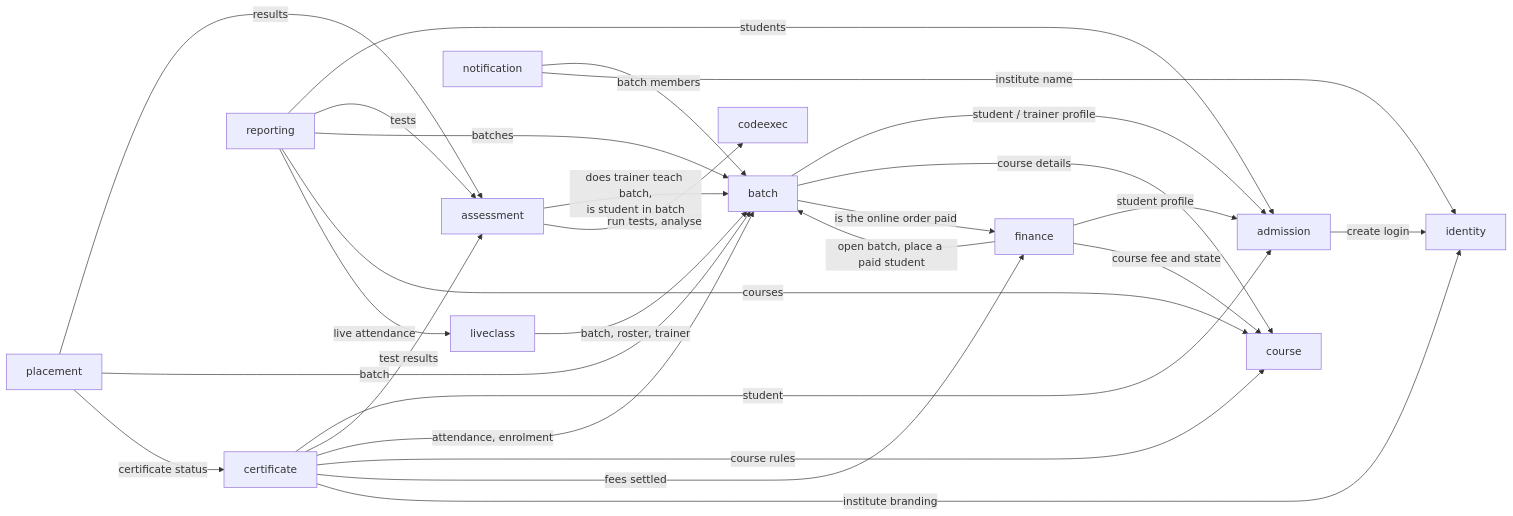
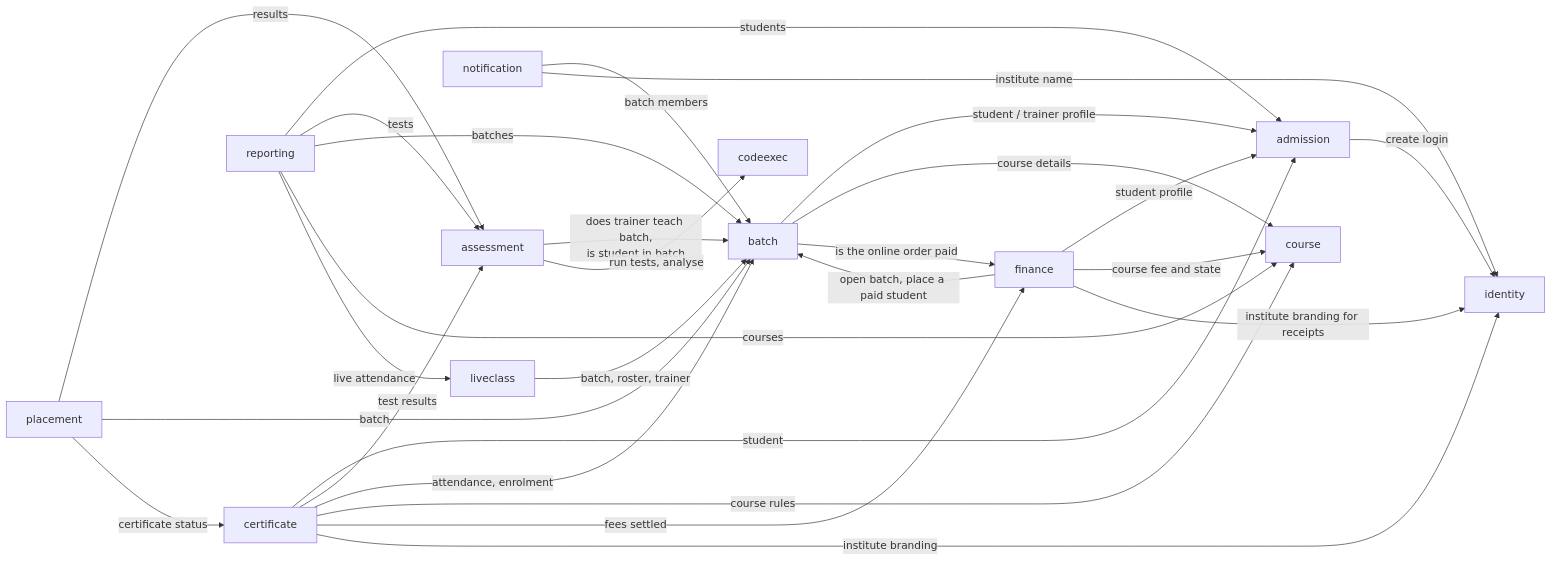
Before and after one commit to rohanrk2810/ITLMS: the diagram in docs/diagrams/architecture/03-service-calls.mmd, drawn with Mermaid. The commit also changed 35 other files, not shown here.

```diff
--- a/docs/diagrams/architecture/03-service-calls.mmd
+++ b/docs/diagrams/architecture/03-service-calls.mmd
@@ -1,41 +1,42 @@
 flowchart LR
     %% Synchronous calls (Feign). Arrow = "calls". Every call has a fallback that fails closed.
     AD["admission"]
     ID["identity"]
     CR["course"]
     BA["batch"]
     AS["assessment"]
     FN["finance"]
     CE["certificate"]
     PLC["placement"]
     NO["notification"]
     LC["liveclass"]
     RP["reporting"]
     CX["codeexec"]
 
     AD -->|"create login"| ID
     BA -->|"student / trainer profile"| AD
     BA -->|"course details"| CR
     AS -->|"does trainer teach batch,<br/>is student in batch"| BA
     AS -->|"run tests, analyse"| CX
     LC -->|"batch, roster, trainer"| BA
     FN -->|"student profile"| AD
     FN -->|"course fee and state"| CR
+    FN -->|"institute branding for receipts"| ID
     FN -->|"open batch, place a paid student"| BA
     BA -->|"is the online order paid"| FN
     CE -->|"student"| AD
     CE -->|"test results"| AS
     CE -->|"attendance, enrolment"| BA
     CE -->|"course rules"| CR
     CE -->|"fees settled"| FN
     CE -->|"institute branding"| ID
     PLC -->|"results"| AS
     PLC -->|"batch"| BA
     PLC -->|"certificate status"| CE
     NO -->|"batch members"| BA
     NO -->|"institute name"| ID
     RP -->|"students"| AD
     RP -->|"tests"| AS
     RP -->|"batches"| BA
     RP -->|"courses"| CR
     RP -->|"live attendance"| LC
```
